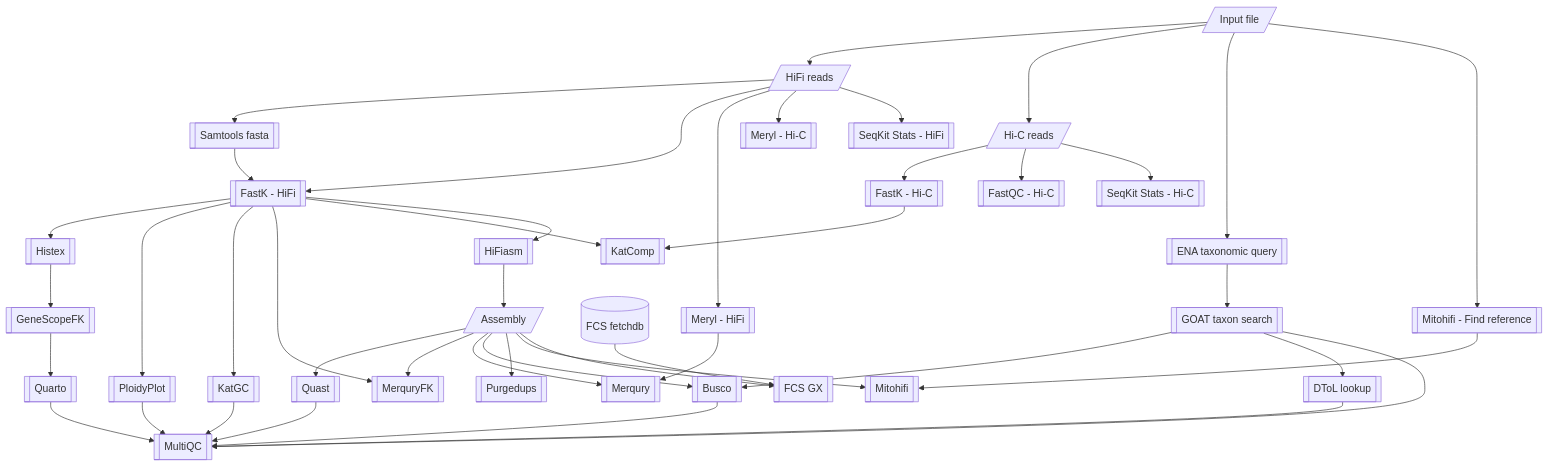
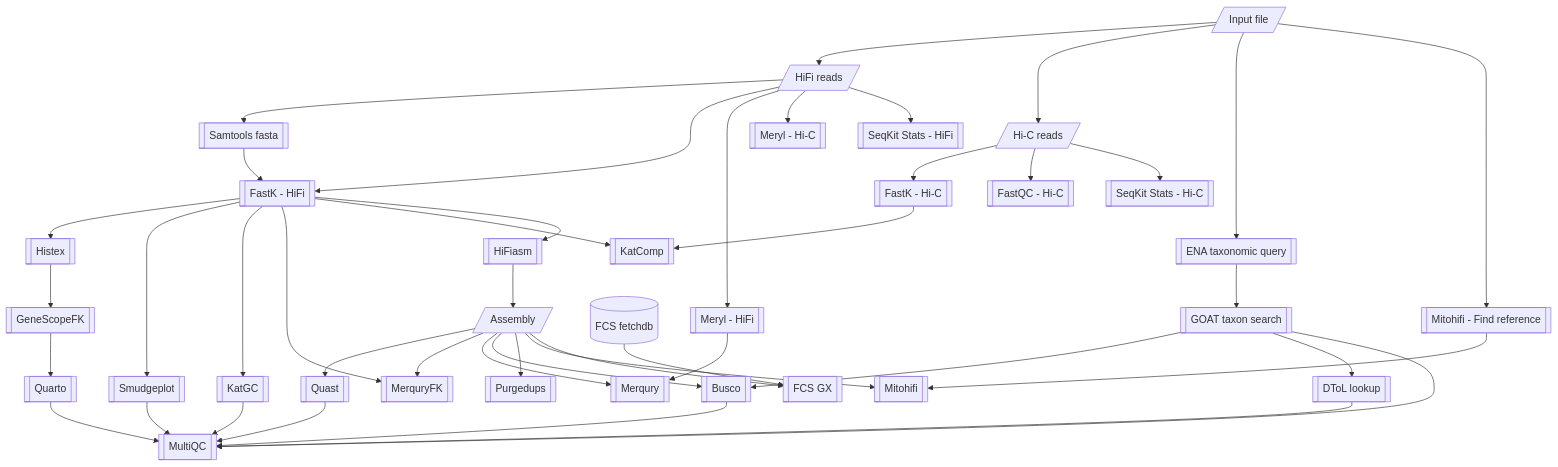
The second of 2 diagrams in README.md (NBISweden/Earth-Biogenome-Project-pilot), drawn with Mermaid before and after one commit. The commit also changed other lines of this file and 9 other files, not shown here.

Commit message:
ploidyplot -> smudgeplot

````diff
--- a/README.md
+++ b/README.md
@@ -23,46 +23,46 @@
 ```mermaid
 flowchart TD
     input[/ Input file/] --> hifi
     input --> hic
     input --> taxquery[[ ENA taxonomic query ]]
     taxquery --> goat_taxon[[ GOAT taxon search ]]
     goat_taxon --> busco
     goat_taxon --> dtol[[ DToL lookup ]]
     hifi --> samtools_fa[[ Samtools fasta ]]
     samtools_fa --> fastk_hifi
     hifi[/ HiFi reads /] --> fastk_hifi[[ FastK - HiFi ]]
     hifi --> meryl_hifi[[ Meryl - HiFi ]]
     hic[/ Hi-C reads /] --> fastk_hic[[ FastK - Hi-C ]]
     hifi --> meryl_hic[[ Meryl - Hi-C ]]
     hic --> fastqc_hic[[ FastQC - Hi-C ]]
     hic --> seqkit_hic[[ SeqKit Stats - Hi-C ]]
     hifi --> seqkit_hifi[[ SeqKit Stats - HiFi ]]
     assembly[/ Assembly /] --> quast[[ Quast ]]
     fastk_hifi --> histex[[ Histex ]]
     histex --> genescopefk[[ GeneScopeFK ]]
-    fastk_hifi --> ploidyplot[[ PloidyPlot ]]
+    fastk_hifi --> smudgeplot[[ Smudgeplot ]]
     fastk_hifi --> katgc[[ KatGC ]]
     fastk_hifi --> merquryfk[[ MerquryFK ]]
     assembly --> merquryfk
     meryl_hifi --> merqury[[ Merqury ]]
     assembly --> merqury
     fastk_hifi --> katcomp[[ KatComp ]]
     fastk_hic --> katcomp
     assembly --> busco[[ Busco ]]
     fastk_hifi --> hifiasm[[ HiFiasm ]]
     hifiasm --> assembly
     assembly --> purgedups[[ Purgedups ]]
     input --> mitoref[[ Mitohifi - Find reference ]]
     assembly --> mitohifi[[ Mitohifi ]]
     assembly --> fcsgx[[ FCS GX ]]
     fcs_fetchdb[( FCS fetchdb )] --> fcsgx
     mitoref --> mitohifi
     genescopefk --> quarto[[ Quarto ]]
     goat_taxon --> multiqc[[ MultiQC ]]
     quarto --> multiqc
     dtol --> multiqc
     katgc --> multiqc
-    ploidyplot --> multiqc
+    smudgeplot --> multiqc
     busco --> multiqc
     quast --> multiqc
 ```
````
